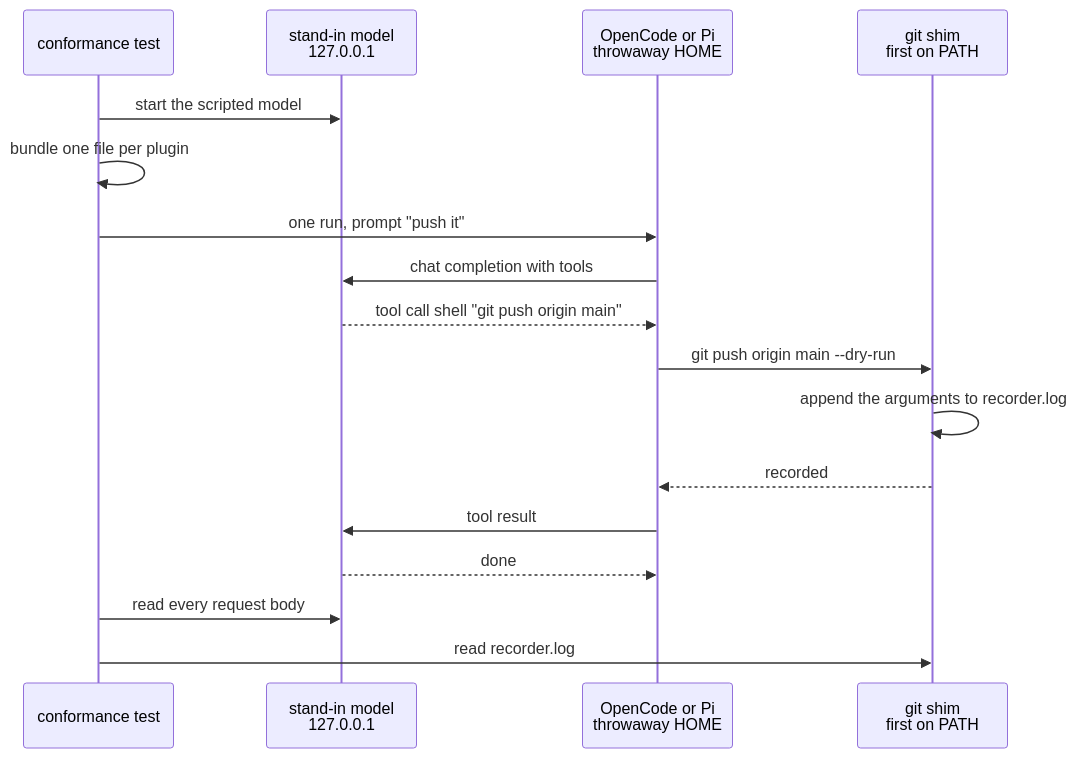
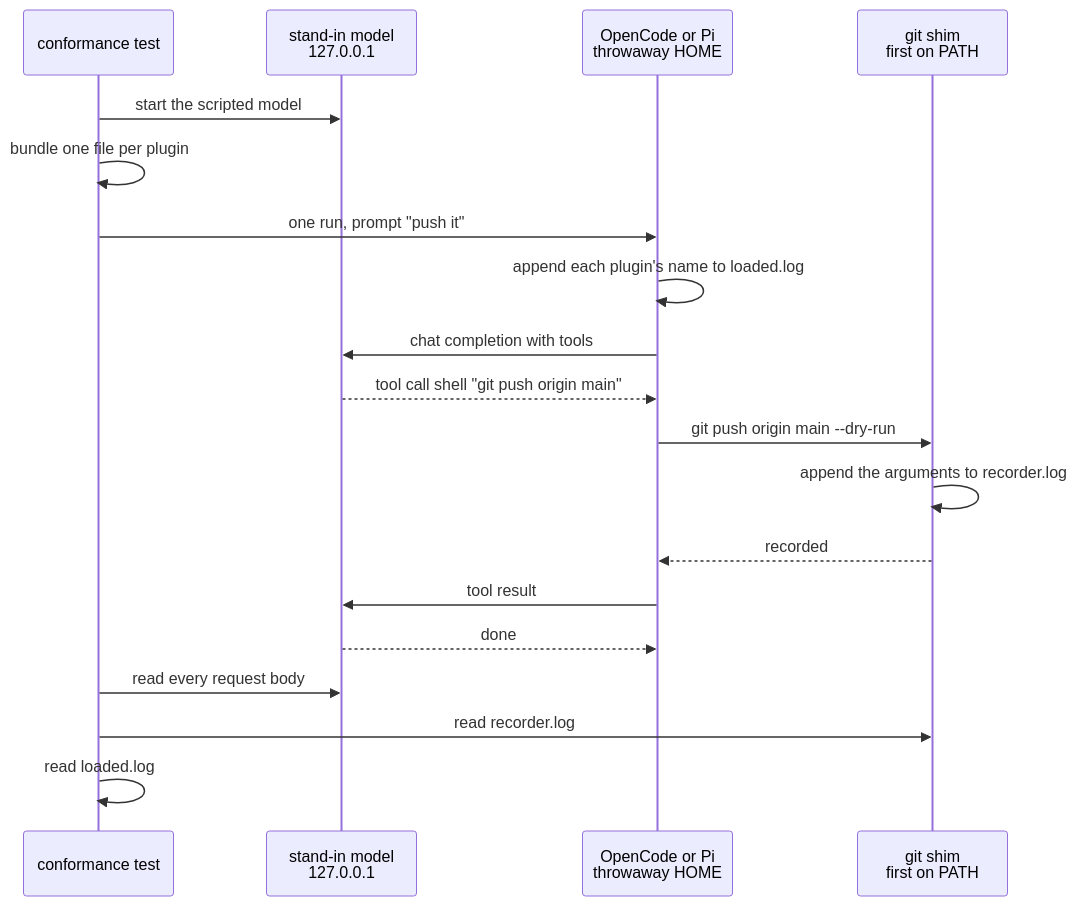
The diagram in conformance/README.md (wrkhse/tack), drawn with Mermaid before and after one commit. The commit also changed other lines of this file and 18 other files, not shown here.

First line of the commit message:
test(conformance): prove every plugin of a scenario actually loaded

````diff
--- a/conformance/README.md
+++ b/conformance/README.md
@@ -13,19 +13,21 @@
 ```mermaid
 sequenceDiagram
     participant T as conformance test
     participant M as stand-in model<br/>127.0.0.1
     participant C as OpenCode or Pi<br/>throwaway HOME
     participant G as git shim<br/>first on PATH
     T->>M: start the scripted model
     T->>T: bundle one file per plugin
     T->>C: one run, prompt "push it"
+    C->>C: append each plugin's name to loaded.log
     C->>M: chat completion with tools
     M-->>C: tool call shell "git push origin main"
     C->>G: git push origin main --dry-run
     G->>G: append the arguments to recorder.log
     G-->>C: recorded
     C->>M: tool result
     M-->>C: done
     T->>M: read every request body
     T->>G: read recorder.log
+    T->>T: read loaded.log
 ```
````
